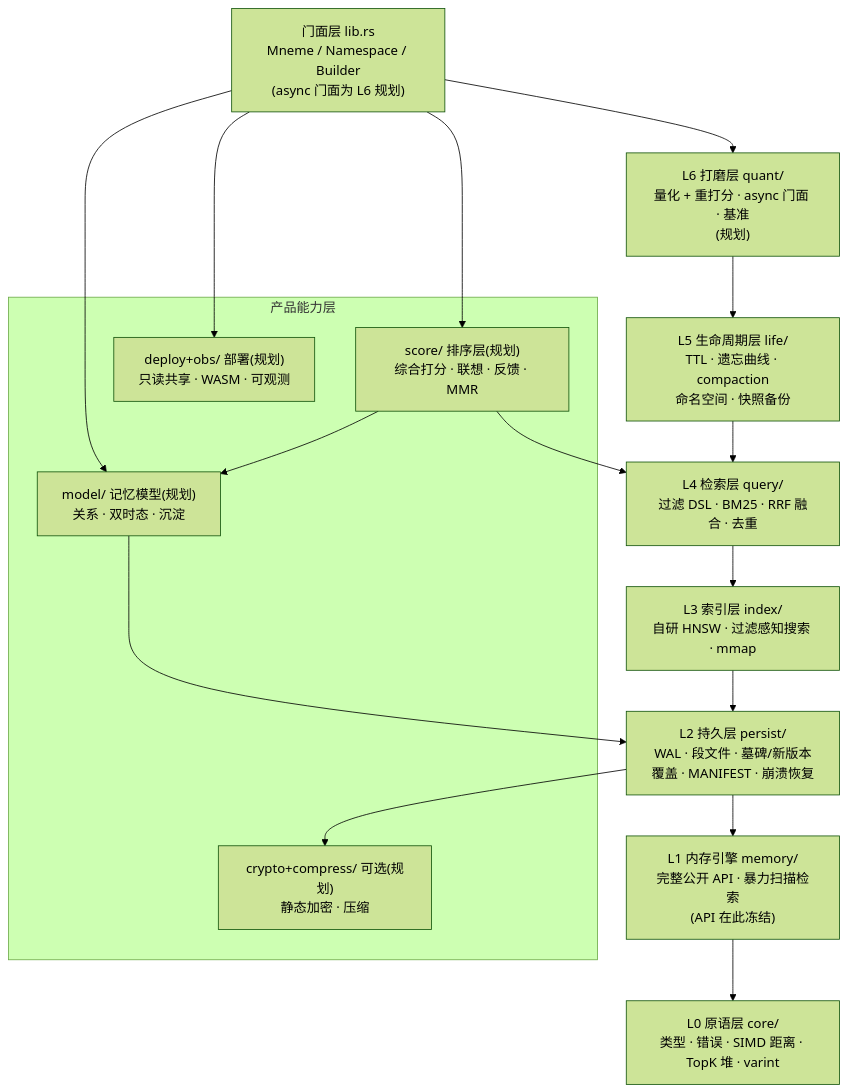
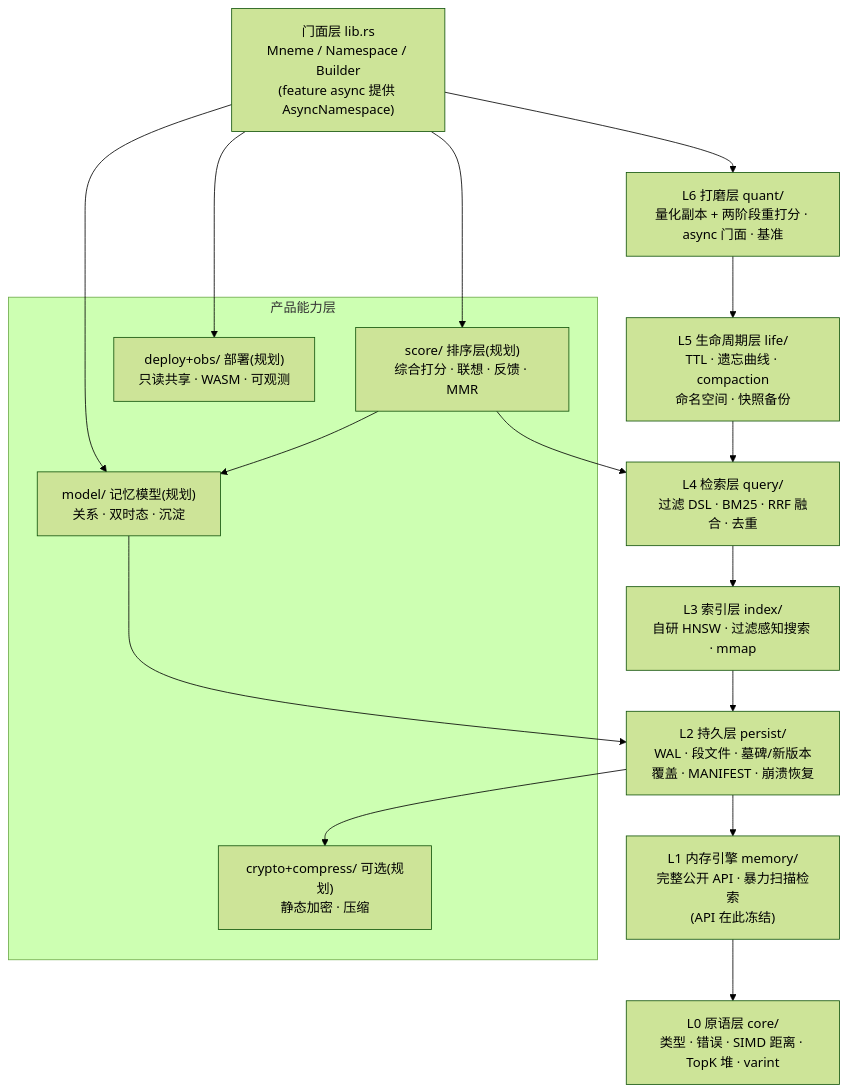
Before and after one commit to oxroot-crypto/mneme: the diagram in docs/DESIGN.md, drawn with Mermaid (forest theme). The commit also changed other lines of this file and 103 other files, not shown here.

Commit message:
feat(quant): 实现 L6 打磨层——量化副本、async 门面和fuzz 骨架

````diff
--- a/docs/DESIGN.md
+++ b/docs/DESIGN.md
@@ -24,27 +24,27 @@
 ```mermaid
 flowchart TD
-    F["门面层 lib.rs<br/>Mneme / Namespace / Builder<br/>(async 门面为 L6 规划)"]
-    Q["L6 打磨层 quant/<br/>量化 + 重打分 · async 门面 · 基准<br/>(规划)"]
+    F["门面层 lib.rs<br/>Mneme / Namespace / Builder<br/>(feature async 提供 AsyncNamespace)"]
+    Q["L6 打磨层 quant/<br/>量化副本 + 两阶段重打分 · async 门面 · 基准"]
     L["L5 生命周期层 life/<br/>TTL · 遗忘曲线 · compaction<br/>命名空间 · 快照备份"]
     QL["L4 检索层 query/<br/>过滤 DSL · BM25 · RRF 融合 · 去重"]
     H["L3 索引层 index/<br/>自研 HNSW · 过滤感知搜索 · mmap"]
     P["L2 持久层 persist/<br/>WAL · 段文件 · 墓碑/新版本覆盖 · MANIFEST · 崩溃恢复"]
     M["L1 内存引擎 memory/<br/>完整公开 API · 暴力扫描检索<br/>(API 在此冻结)"]
     C["L0 原语层 core/<br/>类型 · 错误 · SIMD 距离 · TopK 堆 · varint"]
 
     subgraph 产品能力层
         MD["model/ 记忆模型(规划)<br/>关系 · 双时态 · 沉淀"]
         SC["score/ 排序层(规划)<br/>综合打分 · 联想 · 反馈 · MMR"]
         SEC["crypto+compress/ 可选(规划)<br/>静态加密 · 压缩"]
         DEP["deploy+obs/ 部署(规划)<br/>只读共享 · WASM · 可观测"]
     end
 
     F --> Q --> L --> QL --> H --> P --> M --> C
     F --> MD
     F --> SC
     MD --> P
     SC --> QL
     SC --> MD
     P --> SEC
     F --> DEP
 ```
````
